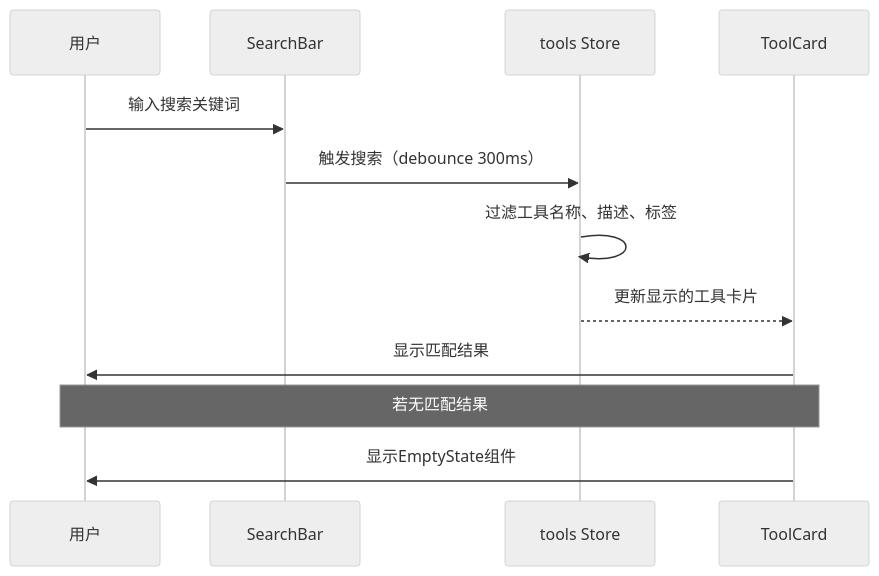
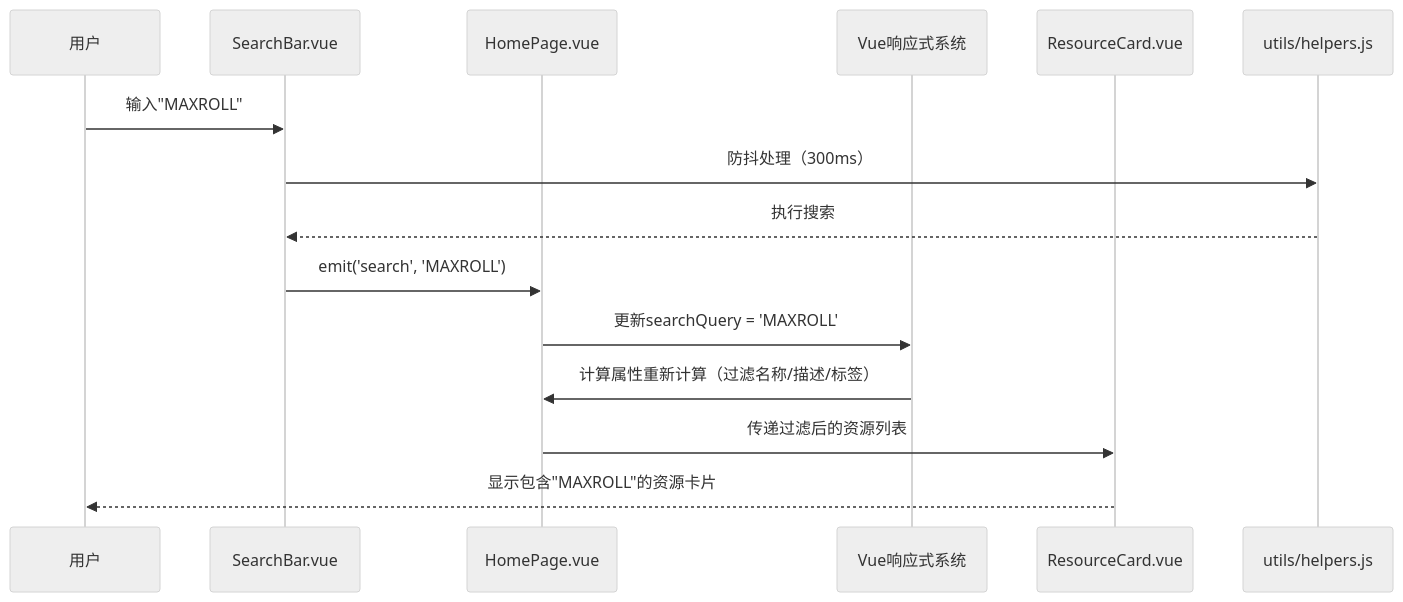
Before and after one commit to Eplayed/anhei-games: the third of 4 diagrams in docs/ARCHITECTURE.md, drawn with Mermaid (neutral theme). The commit also changed other lines of this file and 42 other files, not shown here.

````diff
--- a/docs/ARCHITECTURE.md
+++ b/docs/ARCHITECTURE.md
@@ -454,16 +263,18 @@
 ```mermaid
 sequenceDiagram
     participant U as 用户
-    participant S as SearchBar
-    participant T as tools Store
-    participant F as ToolCard
+    participant S as SearchBar.vue
+    participant H as HomePage.vue
+    participant V as Vue响应式系统
+    participant C as ResourceCard.vue
+    participant U2 as utils/helpers.js
 
-    U->>S: 输入搜索关键词
-    S->>T: 触发搜索（debounce 300ms）
-    T->>T: 过滤工具名称、描述、标签
-    T-->>F: 更新显示的工具卡片
-    F->>U: 显示匹配结果
-    
-    Note over U,F: 若无匹配结果
-    F->>U: 显示EmptyState组件
+    U->>S: 输入"MAXROLL"
+    S->>U2: 防抖处理（300ms）
+    U2-->>S: 执行搜索
+    S->>H: emit('search', 'MAXROLL')
+    H->>V: 更新searchQuery = 'MAXROLL'
+    V->>H: 计算属性重新计算（过滤名称/描述/标签）
+    H->>C: 传递过滤后的资源列表
+    C-->>U: 显示包含"MAXROLL"的资源卡片
 ```
````
